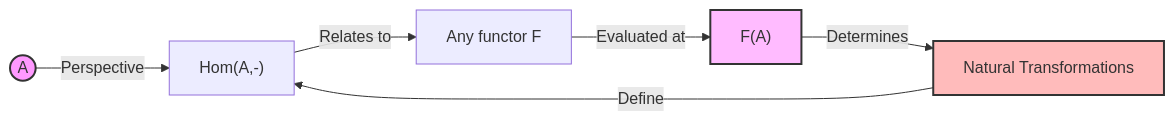
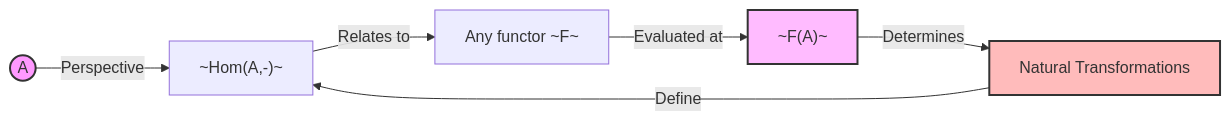
Before and after one commit to aygp-dr/strange-loop-cat: the second of 3 diagrams in examples/yoneda.org, drawn with Mermaid. The commit also changed other lines of this file and 2 other files, not shown here.

```diff
--- a/examples/yoneda.org
+++ b/examples/yoneda.org
@@ -229,12 +261,12 @@
-#+begin_src mermaid :file ../images/diagrams/yoneda-strange-loop.mmd
+#+begin_src mermaid :file ../images/diagrams/yoneda-strange-loop.mmd :mkdirp yes
 graph LR
-    A((A)) --> |"Perspective"| HOM["Hom(A,-)"]
-    HOM --> |"Relates to"| F["Any functor F"]
-    F --> |"Evaluated at"| FA["F(A)"]
+    A((A)) --> |"Perspective"| HOM["~Hom(A,-)~"]
+    HOM --> |"Relates to"| F["Any functor ~F~"]
+    F --> |"Evaluated at"| FA["~F(A)~"]
     FA --> |"Determines"| NT["Natural Transformations"]
     NT --> |"Define"| HOM
     
     style A fill:#f9f,stroke:#333,stroke-width:2px
     style FA fill:#fbf,stroke:#333,stroke-width:2px
     style NT fill:#fbb,stroke:#333,stroke-width:2px
 #+end_src
```
